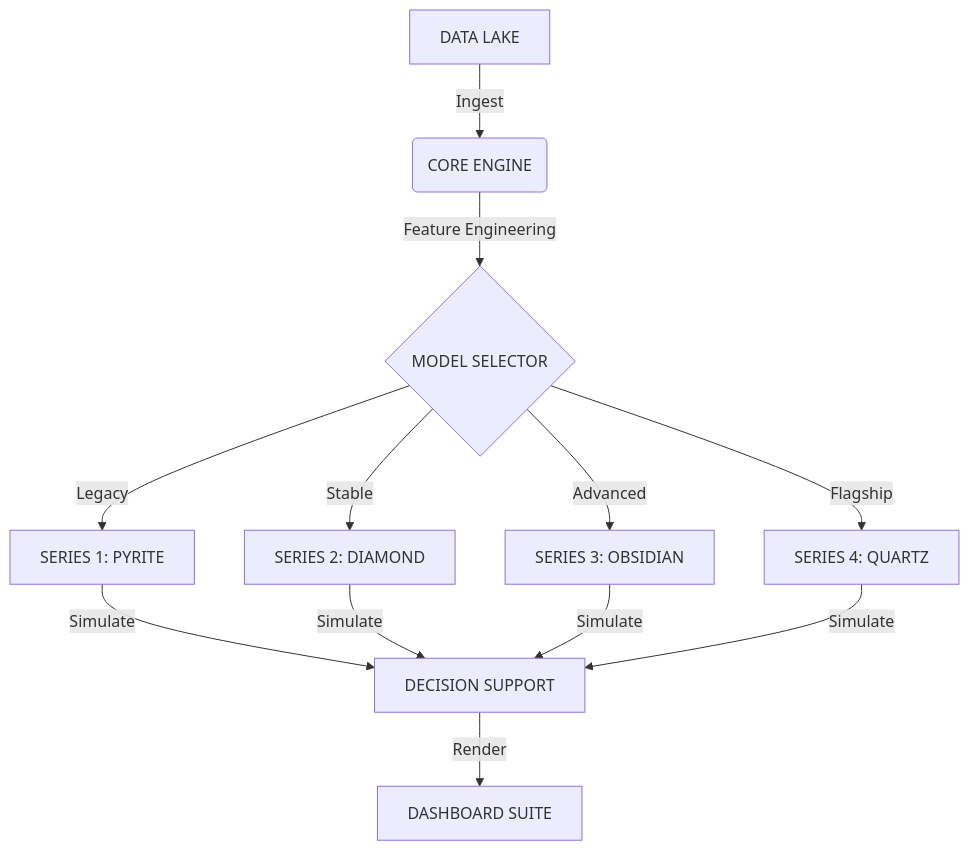
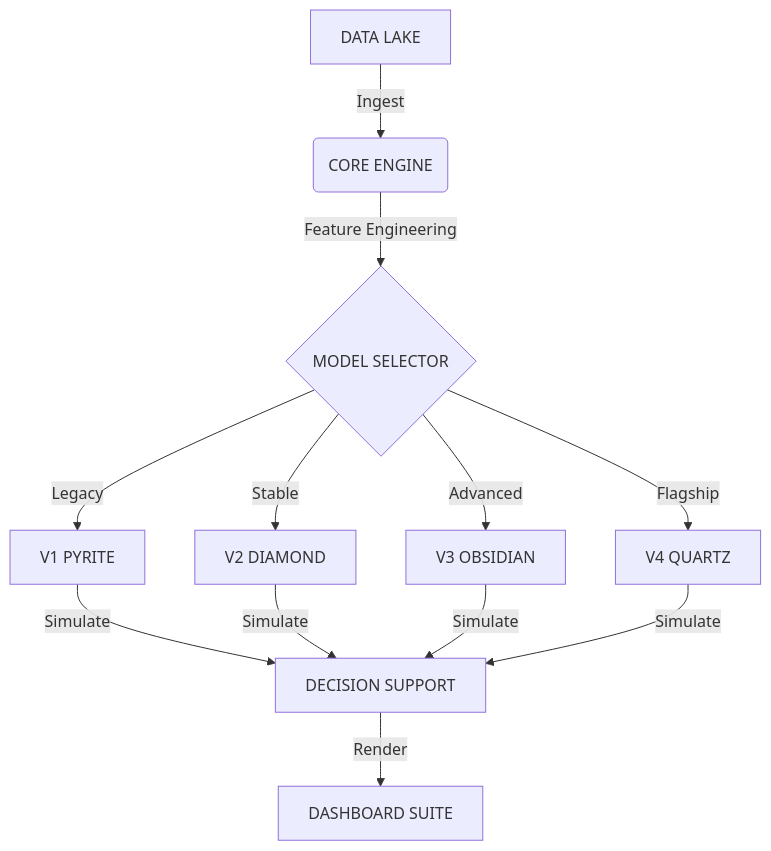
The diagram in README.md (Ducky705/Quarry-Intelligence), drawn with Mermaid before and after one commit. The commit also changed other lines of this file and 36 other files, not shown here.

````diff
--- a/README.md
+++ b/README.md
@@ -53,11 +53,11 @@
 ```mermaid
 graph TD
     A[DATA LAKE] -->|Ingest| B(CORE ENGINE)
     B -->|Feature Engineering| C{MODEL SELECTOR}
-    C -->|Legacy| D[SERIES 1: PYRITE]
-    C -->|Stable| E[SERIES 2: DIAMOND]
-    C -->|Advanced| F[SERIES 3: OBSIDIAN]
-    C -->|Flagship| G[SERIES 4: QUARTZ]
+    C -->|Legacy| D[V1 PYRITE]
+    C -->|Stable| E[V2 DIAMOND]
+    C -->|Advanced| F[V3 OBSIDIAN]
+    C -->|Flagship| G[V4 QUARTZ]
     D & E & F & G -->|Simulate| H[DECISION SUPPORT]
     H -->|Render| I[DASHBOARD SUITE]
 ```
````
